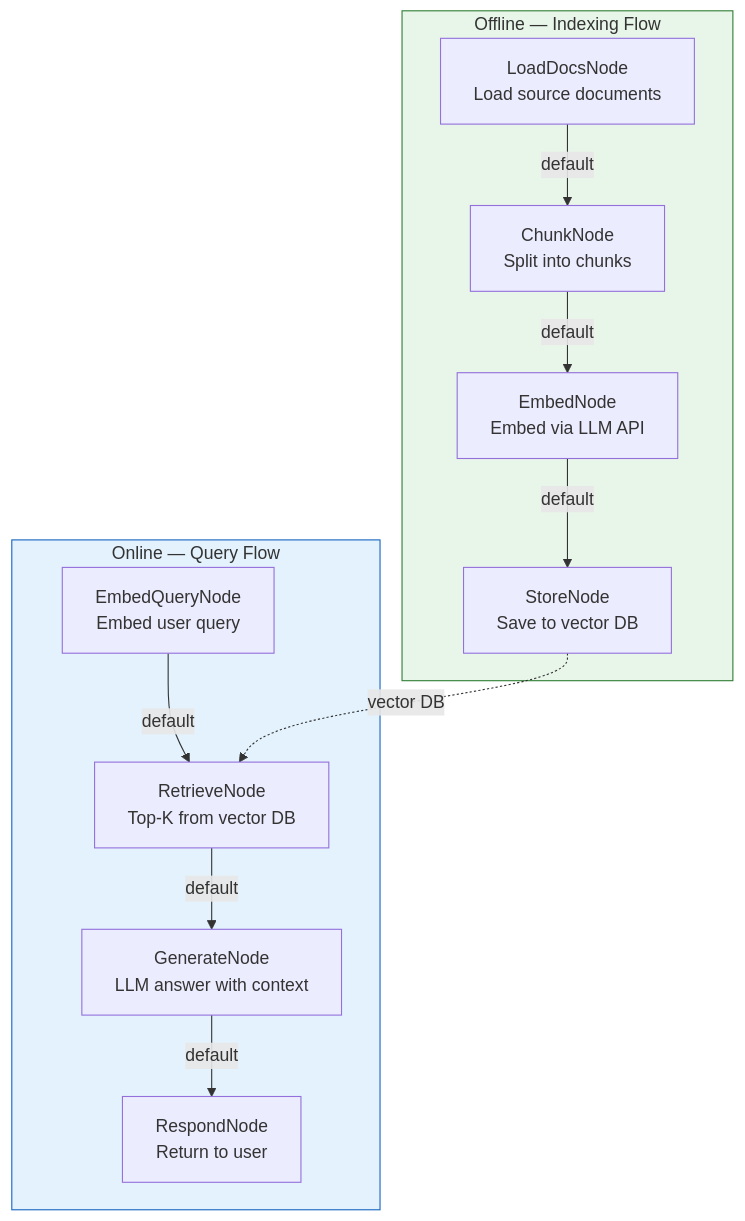
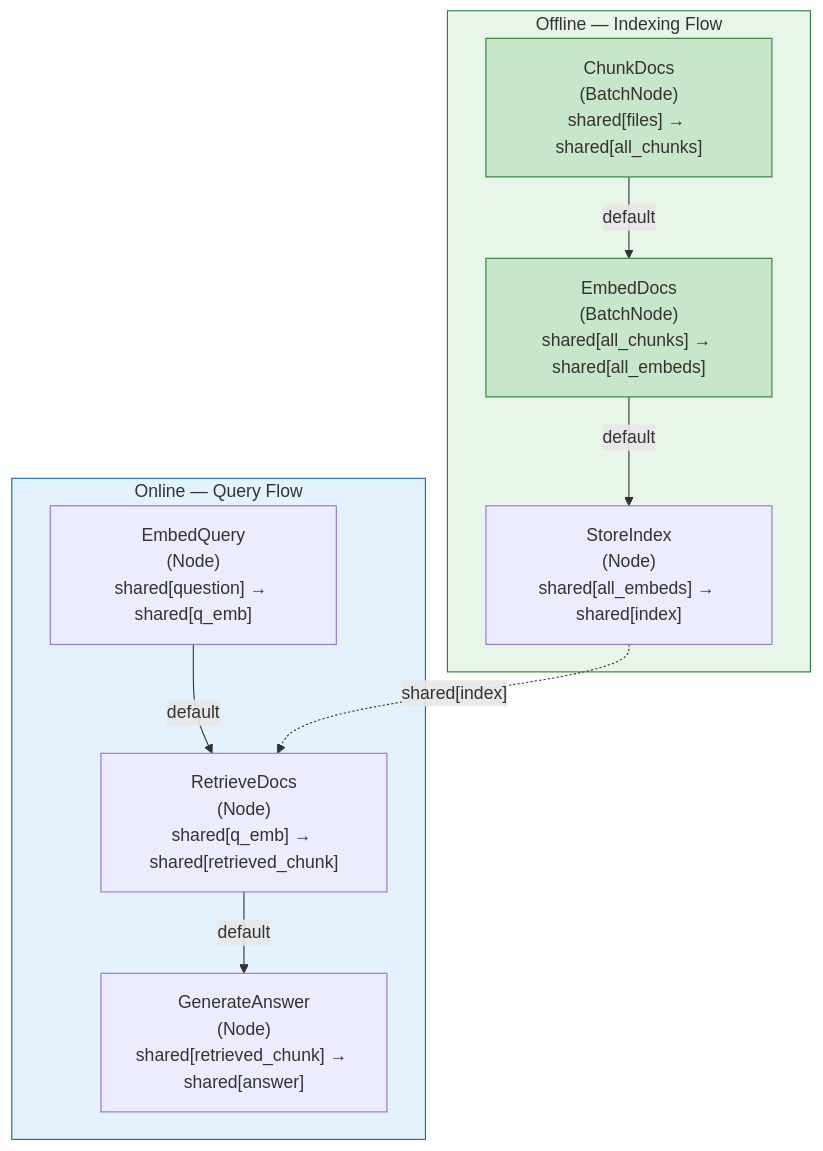
Before and after one commit to lauronjohn/PocketFlow-Minimalist-LLM-Agent-Framework: diagram 14 of 21 in README.md, drawn with Mermaid. The commit also changed other lines of this file, not shown here.

````diff
--- a/README.md
+++ b/README.md
@@ -896,19 +892,19 @@
 ```mermaid
 graph TD
     subgraph Offline["Offline — Indexing Flow"]
-        O1["LoadDocsNode\nLoad source documents"] -->|default| O2["ChunkNode\nSplit into chunks"]
-        O2 -->|default| O3["EmbedNode\nEmbed via LLM API"]
-        O3 -->|default| O4["StoreNode\nSave to vector DB"]
+        O1["ChunkDocs\n(BatchNode)\nshared[files] → shared[all_chunks]"] -->|default| O2["EmbedDocs\n(BatchNode)\nshared[all_chunks] → shared[all_embeds]"]
+        O2 -->|default| O3["StoreIndex\n(Node)\nshared[all_embeds] → shared[index]"]
     end
 
     subgraph Online["Online — Query Flow"]
-        Q1["EmbedQueryNode\nEmbed user query"] -->|default| Q2["RetrieveNode\nTop-K from vector DB"]
-        Q2 -->|default| Q3["GenerateNode\nLLM answer with context"]
-        Q3 -->|default| Q4["RespondNode\nReturn to user"]
+        Q1["EmbedQuery\n(Node)\nshared[question] → shared[q_emb]"] -->|default| Q2["RetrieveDocs\n(Node)\nshared[q_emb] → shared[retrieved_chunk]"]
+        Q2 -->|default| Q3["GenerateAnswer\n(Node)\nshared[retrieved_chunk] → shared[answer]"]
     end
 
-    O4 -. "vector DB" .-> Q2
+    O3 -. "shared[index]" .-> Q2
 
     style Offline fill:#e8f5e9,stroke:#2e7d32
     style Online fill:#e3f2fd,stroke:#1565c0
+    style O1 fill:#c8e6c9,stroke:#2e7d32
+    style O2 fill:#c8e6c9,stroke:#2e7d32
 ```
````
